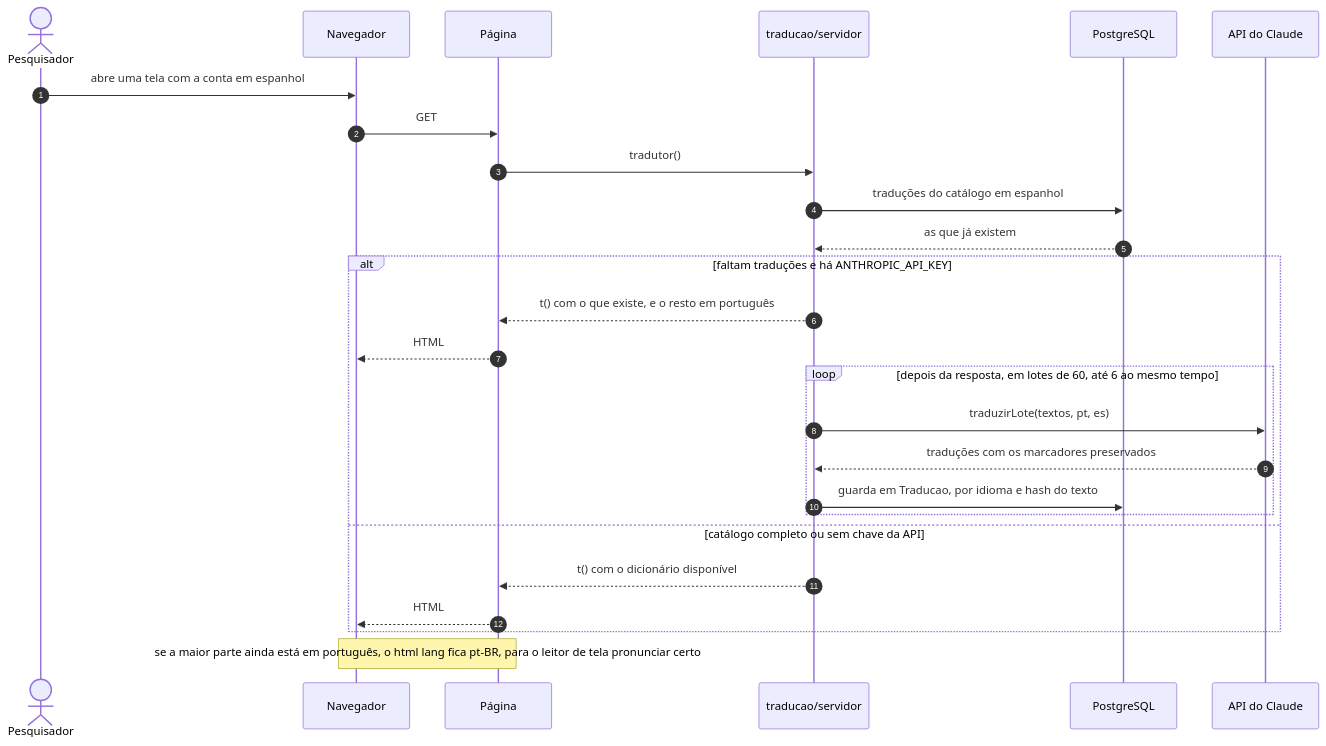
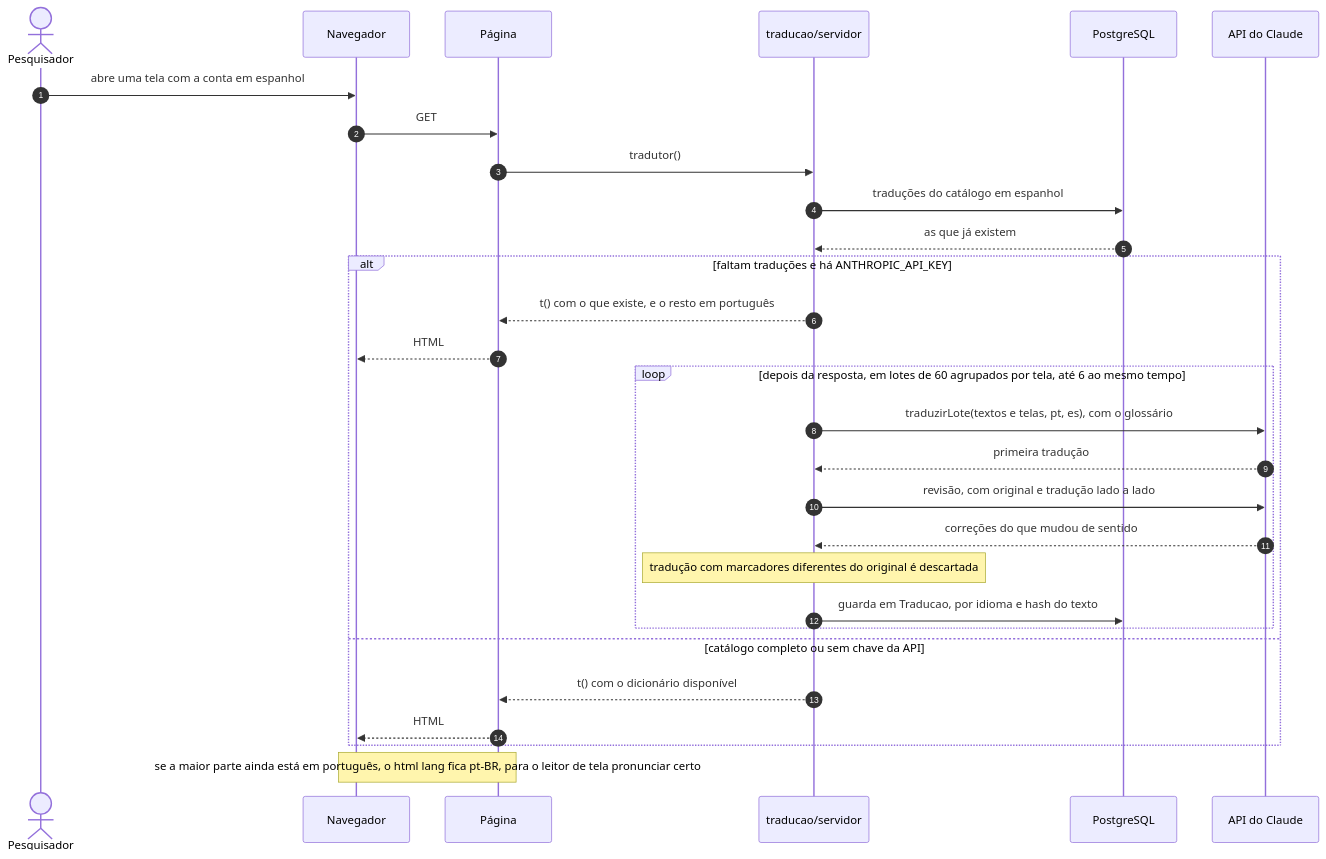
Before and after one commit to gabrielfjm/ueq_form_ihc: the eighth of 8 diagrams in docs/documentacao/diagramas-de-sequencia.md, drawn with Mermaid. The commit also changed 20 other files, not shown here.

First line of the commit message:
melhora a tradução automática: contexto da tela, glossário e revisão

````diff
--- a/docs/documentacao/diagramas-de-sequencia.md
+++ b/docs/documentacao/diagramas-de-sequencia.md
@@ -356,29 +356,32 @@
 ```mermaid
 sequenceDiagram
     autonumber
     actor Pesq as Pesquisador
     participant Nav as Navegador
     participant Pag as Página
     participant Trad as traducao/servidor
     participant BD as PostgreSQL
     participant Claude as API do Claude
 
     Pesq->>Nav: abre uma tela com a conta em espanhol
     Nav->>Pag: GET
     Pag->>Trad: tradutor()
     Trad->>BD: traduções do catálogo em espanhol
     BD-->>Trad: as que já existem
     alt faltam traduções e há ANTHROPIC_API_KEY
         Trad-->>Pag: t() com o que existe, e o resto em português
         Pag-->>Nav: HTML
-        loop depois da resposta, em lotes de 60, até 6 ao mesmo tempo
-            Trad->>Claude: traduzirLote(textos, pt, es)
-            Claude-->>Trad: traduções com os marcadores preservados
+        loop depois da resposta, em lotes de 60 agrupados por tela, até 6 ao mesmo tempo
+            Trad->>Claude: traduzirLote(textos e telas, pt, es), com o glossário
+            Claude-->>Trad: primeira tradução
+            Trad->>Claude: revisão, com original e tradução lado a lado
+            Claude-->>Trad: correções do que mudou de sentido
+            Note over Trad: tradução com marcadores diferentes do original é descartada
             Trad->>BD: guarda em Traducao, por idioma e hash do texto
         end
     else catálogo completo ou sem chave da API
         Trad-->>Pag: t() com o dicionário disponível
         Pag-->>Nav: HTML
     end
     Note over Pag,Nav: se a maior parte ainda está em português, o html lang fica pt-BR, para o leitor de tela pronunciar certo
 ```
````
